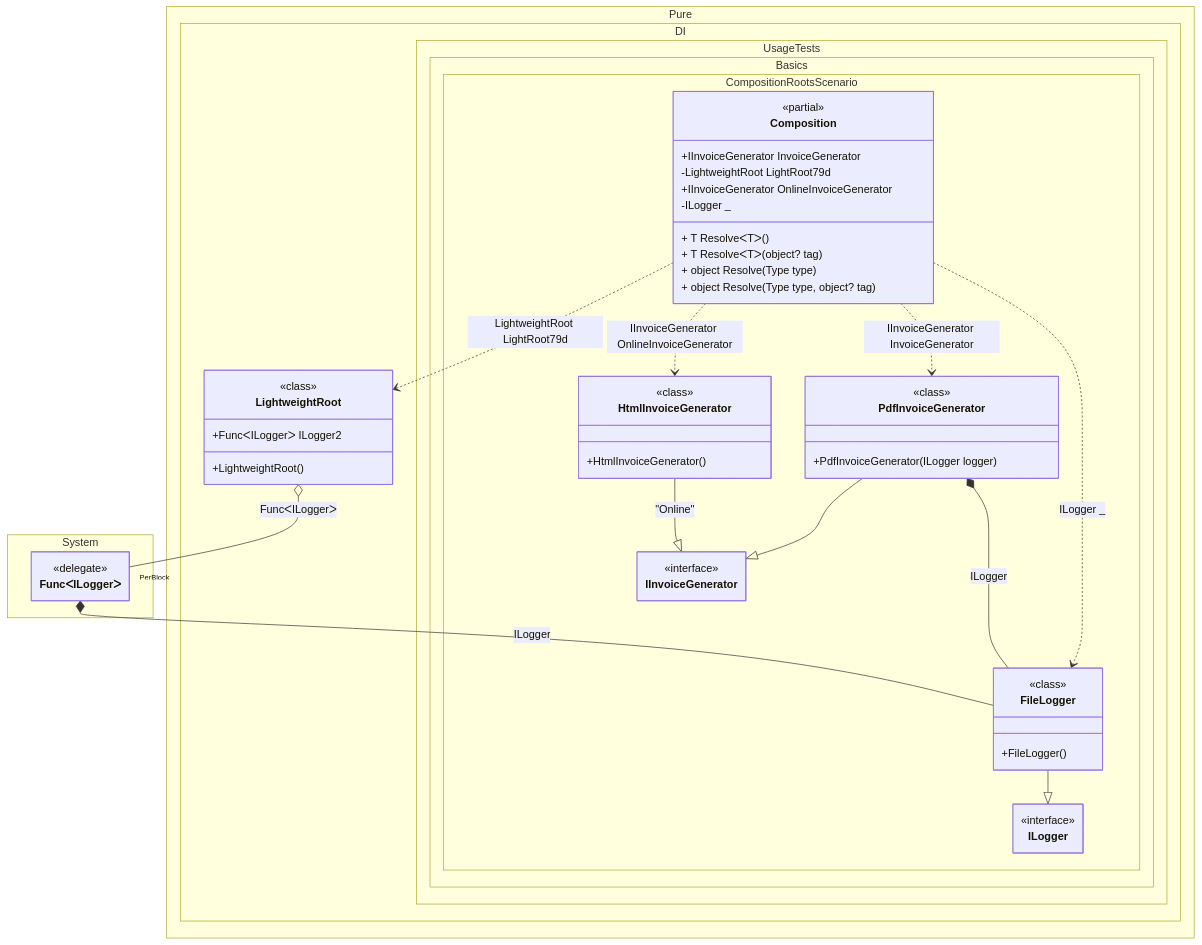
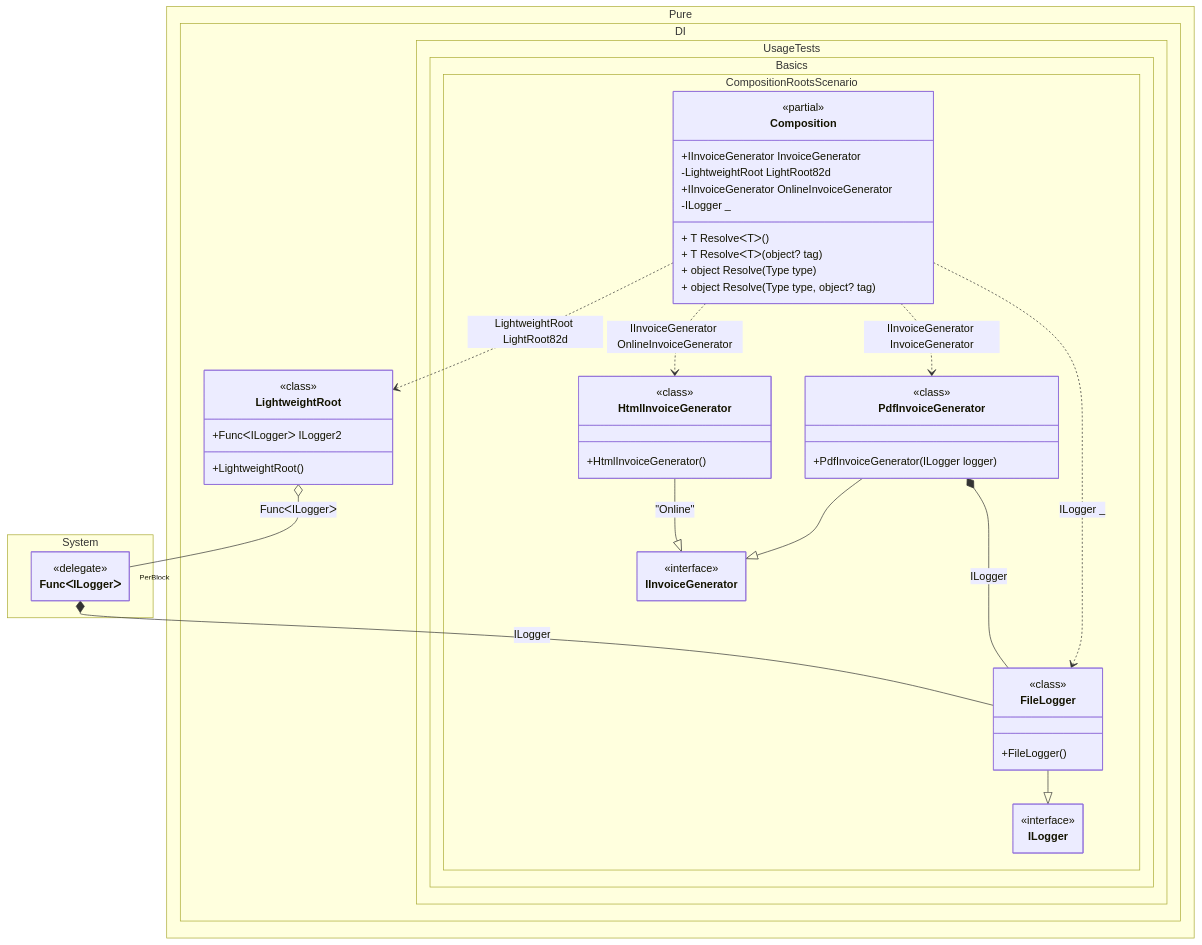
Before and after one commit to DevTeam/Pure.DI: the diagram in readme/composition-roots.md, drawn with Mermaid. The commit also changed 12 other files, not shown here.

````diff
--- a/readme/composition-roots.md
+++ b/readme/composition-roots.md
@@ -319,63 +319,63 @@
 ```mermaid
 ---
  config:
   maxTextSize: 2147483647
   maxEdges: 2147483647
   class:
    hideEmptyMembersBox: true
 ---
 classDiagram
 	PdfInvoiceGenerator --|> IInvoiceGenerator
 	HtmlInvoiceGenerator --|> IInvoiceGenerator : "Online" 
 	FileLogger --|> ILogger
-	Composition ..> LightweightRoot : LightweightRoot LightRoot79d
+	Composition ..> LightweightRoot : LightweightRoot LightRoot82d
 	Composition ..> HtmlInvoiceGenerator : IInvoiceGenerator OnlineInvoiceGenerator
 	Composition ..> FileLogger : ILogger _
 	Composition ..> PdfInvoiceGenerator : IInvoiceGenerator InvoiceGenerator
 	PdfInvoiceGenerator *--  FileLogger : ILogger
 	LightweightRoot o-- "PerBlock" FuncᐸILoggerᐳ : FuncᐸILoggerᐳ
 	FuncᐸILoggerᐳ *--  FileLogger : ILogger
 	namespace Pure.DI {
 		class LightweightRoot {
 				<<class>>
 			+LightweightRoot()
 			+FuncᐸILoggerᐳ ILogger2
 		}
 	}
 	namespace Pure.DI.UsageTests.Basics.CompositionRootsScenario {
 		class Composition {
 		<<partial>>
 		+IInvoiceGenerator InvoiceGenerator
-		-LightweightRoot LightRoot79d
+		-LightweightRoot LightRoot82d
 		+IInvoiceGenerator OnlineInvoiceGenerator
 		-ILogger _
 		+ T ResolveᐸTᐳ()
 		+ T ResolveᐸTᐳ(object? tag)
 		+ object Resolve(Type type)
 		+ object Resolve(Type type, object? tag)
 		}
 		class FileLogger {
 				<<class>>
 			+FileLogger()
 		}
 		class HtmlInvoiceGenerator {
 				<<class>>
 			+HtmlInvoiceGenerator()
 		}
 		class IInvoiceGenerator {
 			<<interface>>
 		}
 		class ILogger {
 			<<interface>>
 		}
 		class PdfInvoiceGenerator {
 				<<class>>
 			+PdfInvoiceGenerator(ILogger logger)
 		}
 	}
 	namespace System {
 		class FuncᐸILoggerᐳ {
 				<<delegate>>
 		}
 	}
 ```
````
